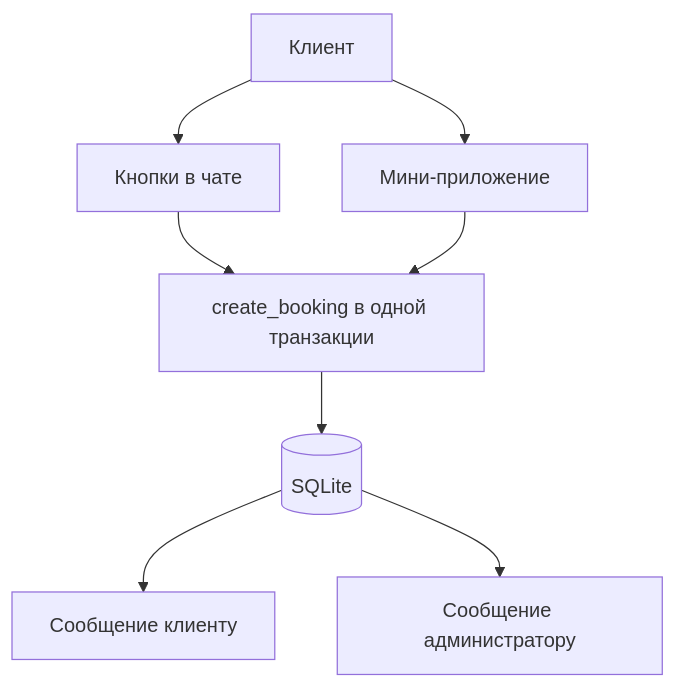
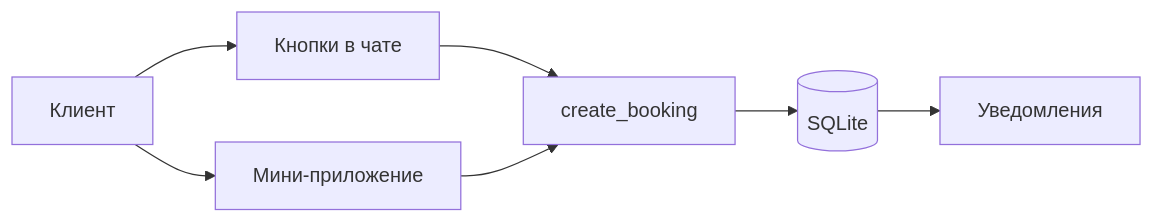
The diagram in README.md (dmitryrodnikov/telegram-bot-zapis-klientov), drawn with Mermaid before and after one commit. The commit also changed other lines of this file, not shown here.

````diff
--- a/README.md
+++ b/README.md
@@ -177,17 +194,9 @@
 ```mermaid
-flowchart TD
-    client[Клиент]
-    buttons[Кнопки в чате]
-    mini[Мини-приложение]
-    save[create_booking в одной транзакции]
-    db[(SQLite)]
-    clientMsg[Сообщение клиенту]
-    adminMsg[Сообщение администратору]
-    client --> buttons
-    client --> mini
-    buttons --> save
+flowchart LR
+    client[Клиент] --> buttons[Кнопки в чате]
+    client --> mini[Мини-приложение]
+    buttons --> save[create_booking]
     mini --> save
-    save --> db
-    db --> clientMsg
-    db --> adminMsg
+    save --> db[(SQLite)]
+    db --> notify[Уведомления]
 ```
````
